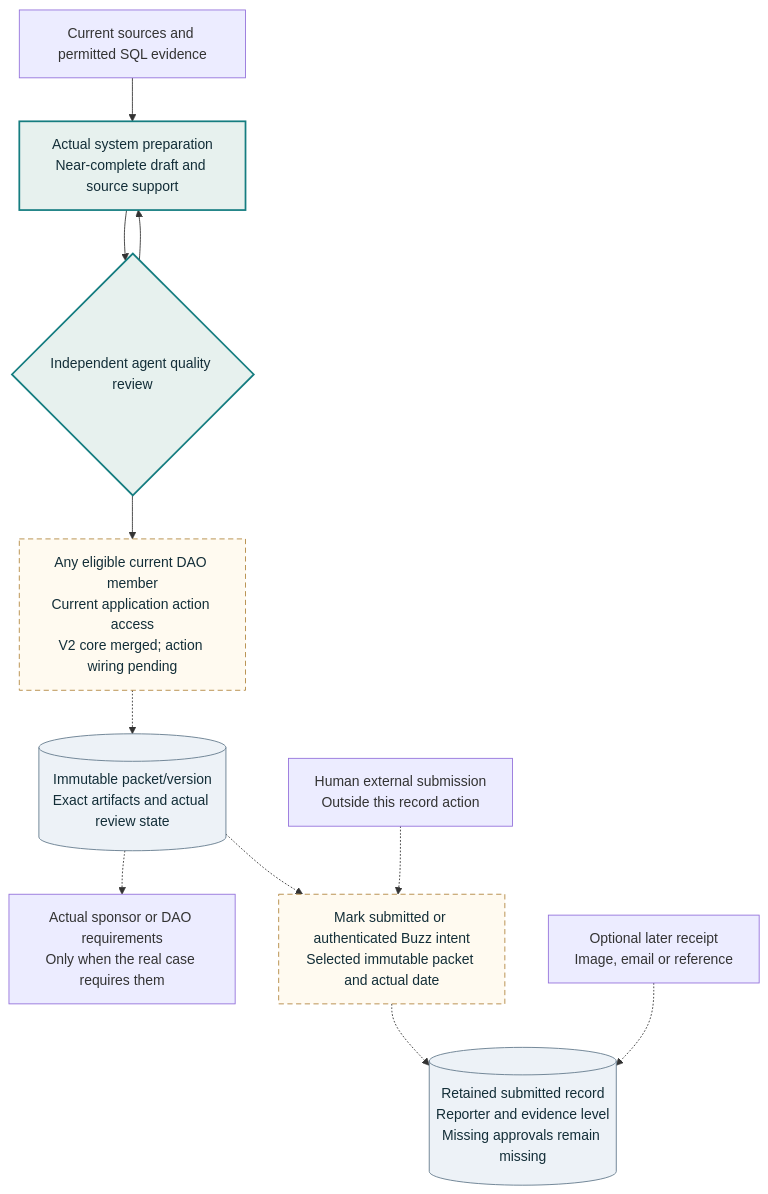
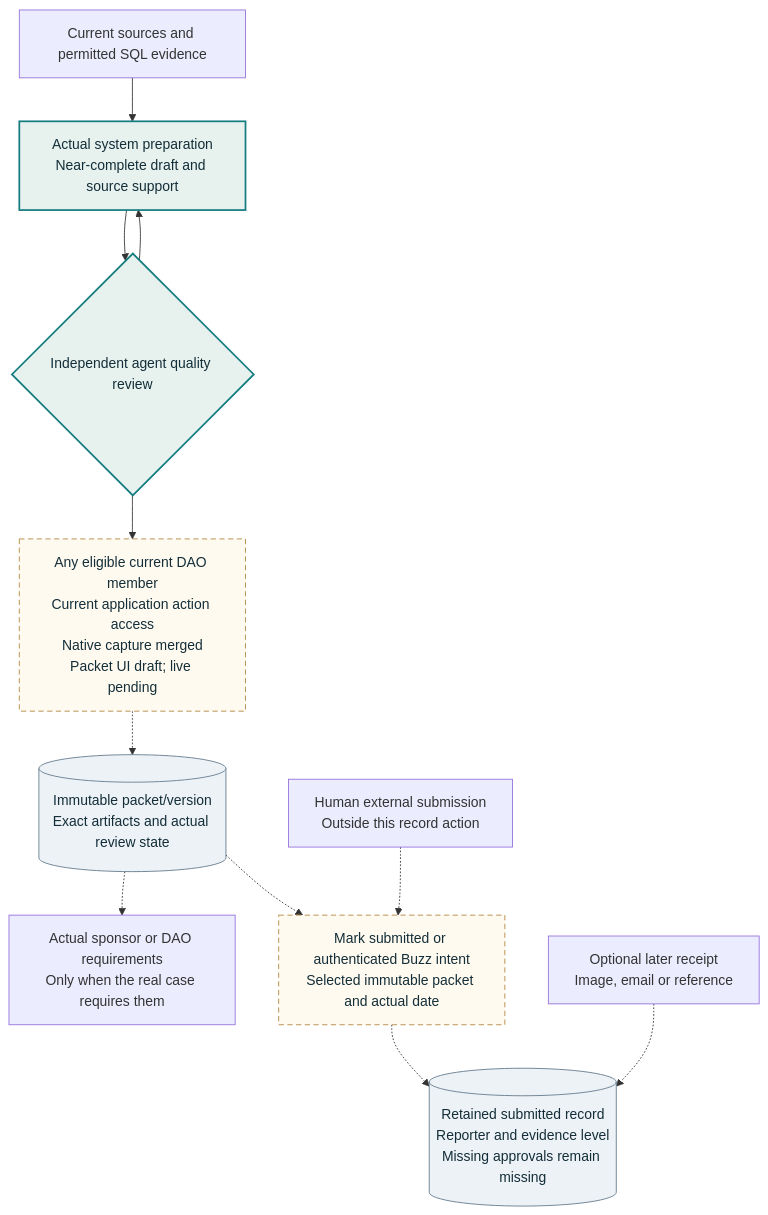
The diagram in docs/architecture/diagrams/grant-review-governance.mmd (NetRxn/Inertia), drawn with Mermaid before and after one commit. The commit also changed 22 other files, not shown here.

Commit message:
docs: sync prioritized roadmap and source qualification artifacts

```diff
--- a/docs/architecture/diagrams/grant-review-governance.mmd
+++ b/docs/architecture/diagrams/grant-review-governance.mmd
@@ -1,19 +1,19 @@
 flowchart TB
  S["Current sources and permitted SQL evidence"] --> D["Actual system preparation<br/>Near-complete draft and source support"]
  D --> Q{"Independent agent quality review"}
  Q --> D
- Q --> H["Any eligible current DAO member<br/>Current application action access<br/>V2 core merged; action wiring pending"]
+ Q --> H["Any eligible current DAO member<br/>Current application action access<br/>Native capture merged<br/>Packet UI draft; live pending"]
  H -.-> P[("Immutable packet/version<br/>Exact artifacts and actual review state")]
  P -.-> G["Actual sponsor or DAO requirements<br/>Only when the real case requires them"]
  P -.-> A["Mark submitted or authenticated Buzz intent<br/>Selected immutable packet and actual date"]
  X["Human external submission<br/>Outside this record action"] -.-> A
  A -.-> R[("Retained submitted record<br/>Reporter and evidence level<br/>Missing approvals remain missing")]
  E["Optional later receipt<br/>Image, email or reference"] -.-> R
  class D,Q core
  class H,A planned
  class P,R store
 
  classDef core fill:#e7f1ee,stroke:#157d80,color:#132e38,stroke-width:2px
  classDef planned fill:#fffaf0,stroke:#b1853e,color:#132e38,stroke-dasharray:6 4
  classDef reviewed fill:#f5f0ff,stroke:#8064a2,color:#132e38
  classDef store fill:#edf2f7,stroke:#61788b,color:#132e38
```
